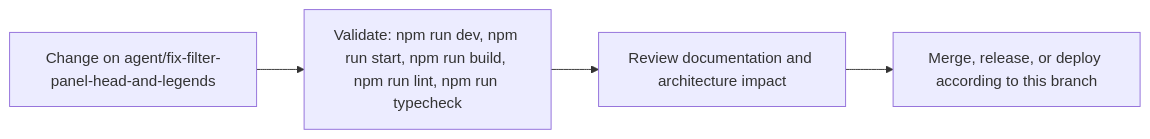
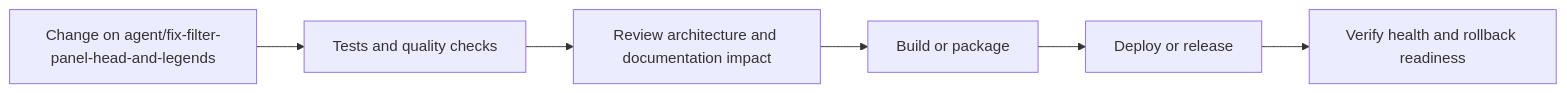
One commit to Nischhalsubba/BindForge-NW changed the fourth of 5 diagrams in README.md. Above: the diagram before and after it, drawn with Mermaid. The commit also changed other lines of this file, not shown here.

````diff
--- a/README.md
+++ b/README.md
@@ -73,8 +149,8 @@
 ```mermaid
 flowchart LR
-    CHANGE["Change on agent/fix-filter-panel-head-and-legends"]
-    CHECK["Validate: npm run dev, npm run start, npm run build, npm run lint, npm run typecheck"]
-    REVIEW["Review documentation and architecture impact"]
-    RELEASE["Merge, release, or deploy according to this branch"]
-    CHANGE --> CHECK --> REVIEW --> RELEASE
+    CHANGE["Change on agent/fix-filter-panel-head-and-legends"] --> CHECK["Tests and quality checks"]
+    CHECK --> REVIEW["Review architecture and documentation impact"]
+    REVIEW --> BUILD["Build or package"]
+    BUILD --> DEPLOY["Deploy or release"]
+    DEPLOY --> VERIFY["Verify health and rollback readiness"]
 ```
````
